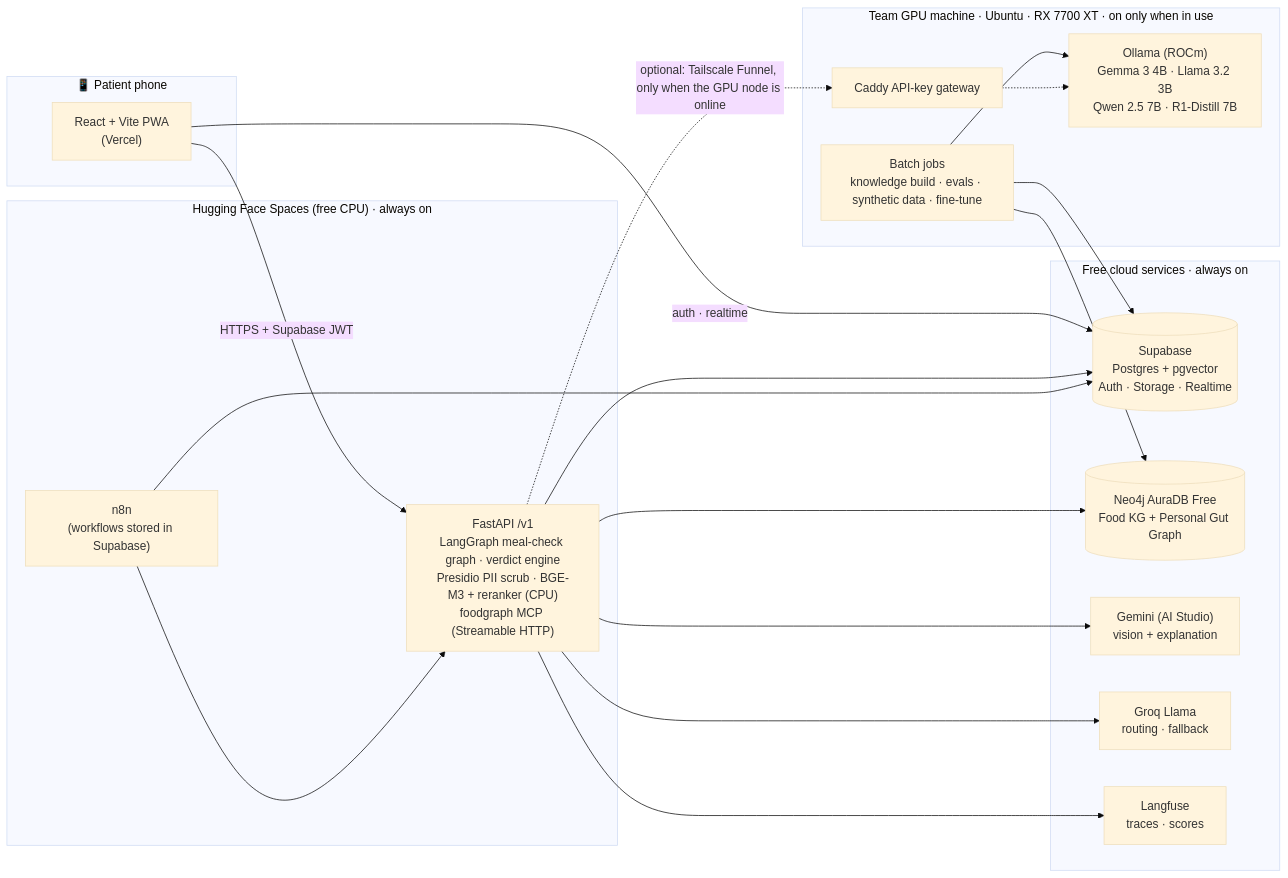
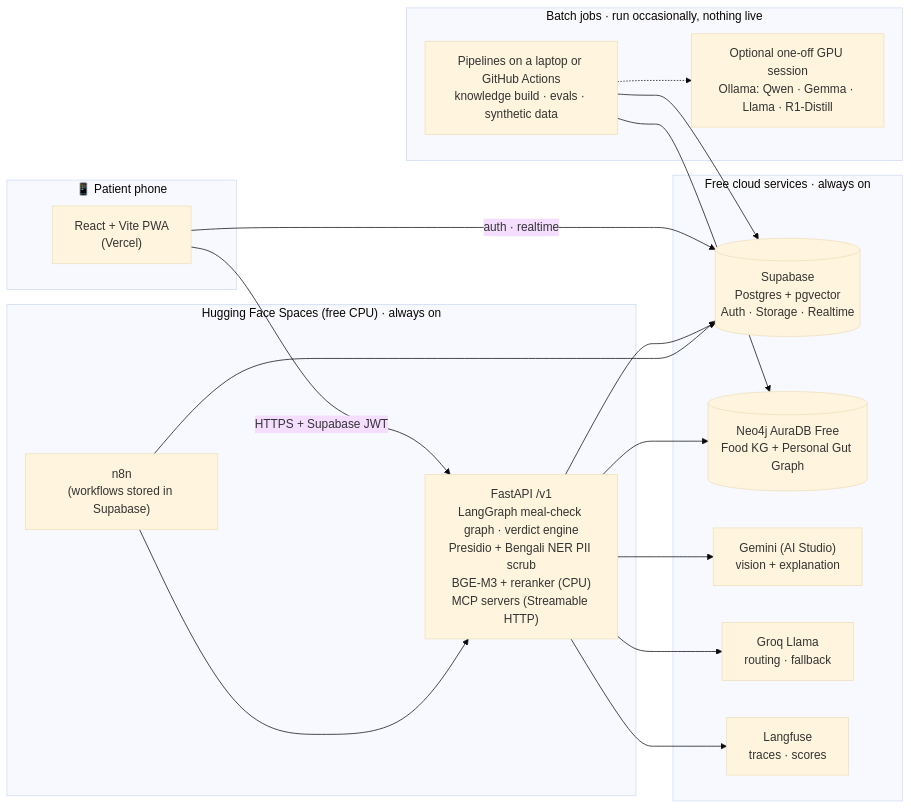
Before and after one commit to RyanAhmed911/HappyGut: the first of 2 diagrams in docs/02-architecture.md, drawn with Mermaid (base theme). The commit also changed other lines of this file and 18 other files, not shown here.

````diff
--- a/docs/02-architecture.md
+++ b/docs/02-architecture.md
@@ -7,36 +7,33 @@
 ```mermaid
 flowchart LR
     subgraph Phone["📱 Patient phone"]
         PWA["React + Vite PWA<br/>(Vercel)"]
     end
     subgraph HF["Hugging Face Spaces (free CPU) · always on"]
-        API["FastAPI /v1<br/>LangGraph meal-check graph · verdict engine<br/>Presidio PII scrub · BGE-M3 + reranker (CPU)<br/>foodgraph MCP (Streamable HTTP)"]
+        API["FastAPI /v1<br/>LangGraph meal-check graph · verdict engine<br/>Presidio + Bengali NER PII scrub<br/>BGE-M3 + reranker (CPU)<br/>MCP servers (Streamable HTTP)"]
         N8N["n8n<br/>(workflows stored in Supabase)"]
     end
     subgraph Cloud["Free cloud services · always on"]
         SB[("Supabase<br/>Postgres + pgvector<br/>Auth · Storage · Realtime")]
         NEO[("Neo4j AuraDB Free<br/>Food KG + Personal Gut Graph")]
         GEM["Gemini (AI Studio)<br/>vision + explanation"]
         GROQ["Groq Llama<br/>routing · fallback"]
         LF["Langfuse<br/>traces · scores"]
     end
-    subgraph GPU["Team GPU machine · Ubuntu · RX 7700 XT · on only when in use"]
-        PIPE["Batch jobs<br/>knowledge build · evals · synthetic data · fine-tune"]
-        OLL["Ollama (ROCm)<br/>Gemma 3 4B · Llama 3.2 3B<br/>Qwen 2.5 7B · R1-Distill 7B"]
-        GW["Caddy API-key gateway"]
+    subgraph Batch["Batch jobs · run occasionally, nothing live"]
+        PIPE["Pipelines on a laptop or GitHub Actions<br/>knowledge build · evals · synthetic data"]
+        OLL["Optional one-off GPU session<br/>Ollama: Qwen · Gemma · Llama · R1-Distill"]
     end
     PWA -- HTTPS + Supabase JWT --> API
     PWA -- auth · realtime --> SB
     API --> SB
     API --> NEO
     API --> GEM
     API --> GROQ
     API --> LF
     N8N --> API
     N8N --> SB
-    PIPE --> OLL
     PIPE --> SB
     PIPE --> NEO
-    API -. "optional: Tailscale Funnel, only when the GPU node is online" .-> GW
-    GW -.-> OLL
+    PIPE -.-> OLL
 ```
````
